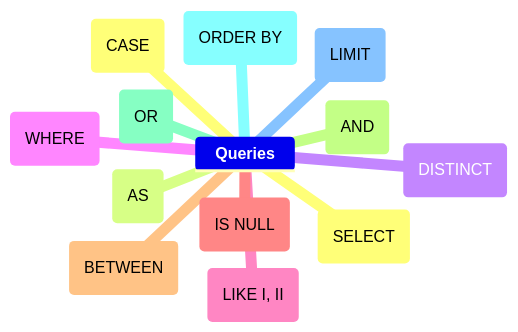
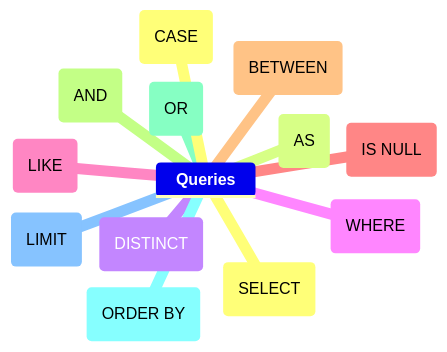
The third of 3 diagrams in SQLite/Code Cademy/README.md (MarvinSilcGit/Learning), drawn with Mermaid before and after one commit.

````diff
--- a/SQLite/Code Cademy/README.md
+++ b/SQLite/Code Cademy/README.md
@@ -230,16 +230,16 @@
 ```mermaid
 mindmap
 	**Queries**
 		(SELECT)
 		(AS)
 		(DISTINCT)
 		(WHERE)
-		(LIKE I, II)
+		(LIKE)
 		(IS NULL)
 		(BETWEEN)
 		(AND)
 		(OR)
 		(ORDER BY)
 		(LIMIT)
 		(CASE)
 ```
````
